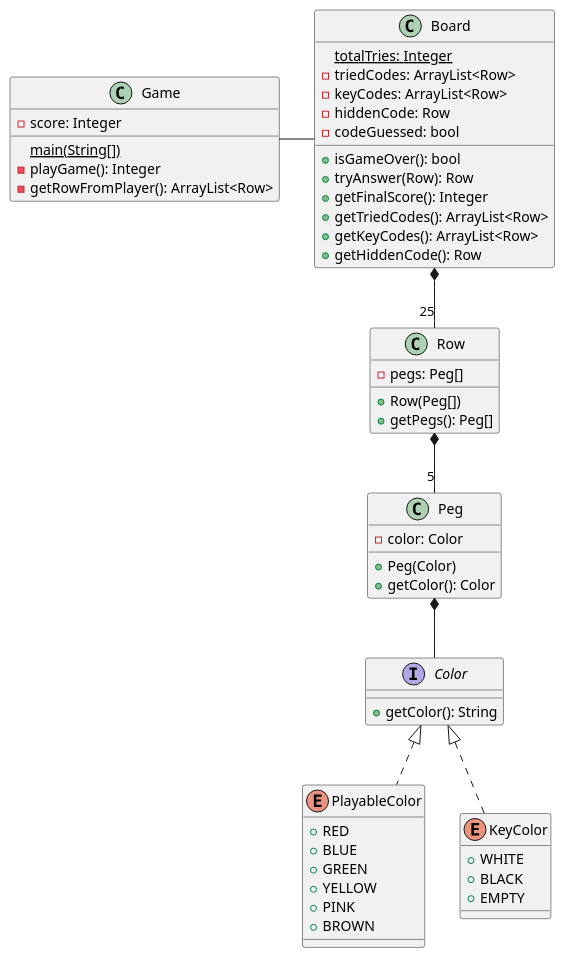
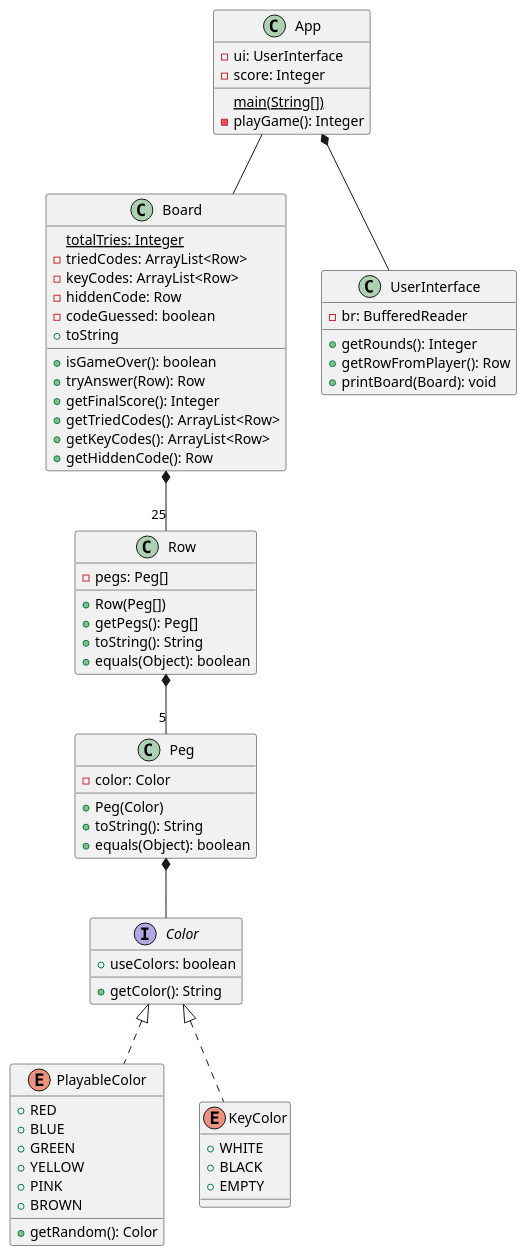
Before and after one commit to Molter73/oop-uni: the diagram in mastermind/docs/uml.md, drawn with PlantUML. The commit also changed 7 other files, not shown here.

```diff
--- a/mastermind/docs/uml.md
+++ b/mastermind/docs/uml.md
@@ -1,59 +1,73 @@
 @startuml
 interface Color {
    +getColor(): String
+   +useColors: boolean
 }
 
 enum PlayableColor implements Color {
     +RED
     +BLUE
     +GREEN
     +YELLOW
     +PINK
     +BROWN
+    +getRandom(): Color
 }
 
 enum KeyColor implements Color {
     +WHITE
     +BLACK
     +EMPTY
 }
 
 class Peg {
     -color: Color
     +Peg(Color)
-    +getColor(): Color
+    +toString(): String
+    +equals(Object): boolean
 }
 
 class Row {
     -pegs: Peg[]
     +Row(Peg[])
     +getPegs(): Peg[]
+    +toString(): String
+    +equals(Object): boolean
 }
 
 class Board {
     {static} totalTries: Integer
     -triedCodes: ArrayList<Row>
     -keyCodes: ArrayList<Row>
     -hiddenCode: Row
-    -codeGuessed: bool
-    +isGameOver(): bool
+    -codeGuessed: boolean
+    +isGameOver(): boolean
     +tryAnswer(Row): Row
     +getFinalScore(): Integer
     +getTriedCodes(): ArrayList<Row>
     +getKeyCodes(): ArrayList<Row>
     +getHiddenCode(): Row
+    +toString
 }
 
-class Game {
+class UserInterface {
+    -br: BufferedReader
+    +getRounds(): Integer
+    +getRowFromPlayer(): Row
+    +printBoard(Board): void
+}
+
+class App {
+    -ui: UserInterface
     -score: Integer
     {static} main(String[])
     -playGame(): Integer
-    -getRowFromPlayer(): ArrayList<Row>
 }
 
-Game -right- Board
+App -- Board
+App *-- UserInterface
 Board *-- "25" Row
 Row *-- "5" Peg
 Peg *-- Color
 
 @enduml
```
